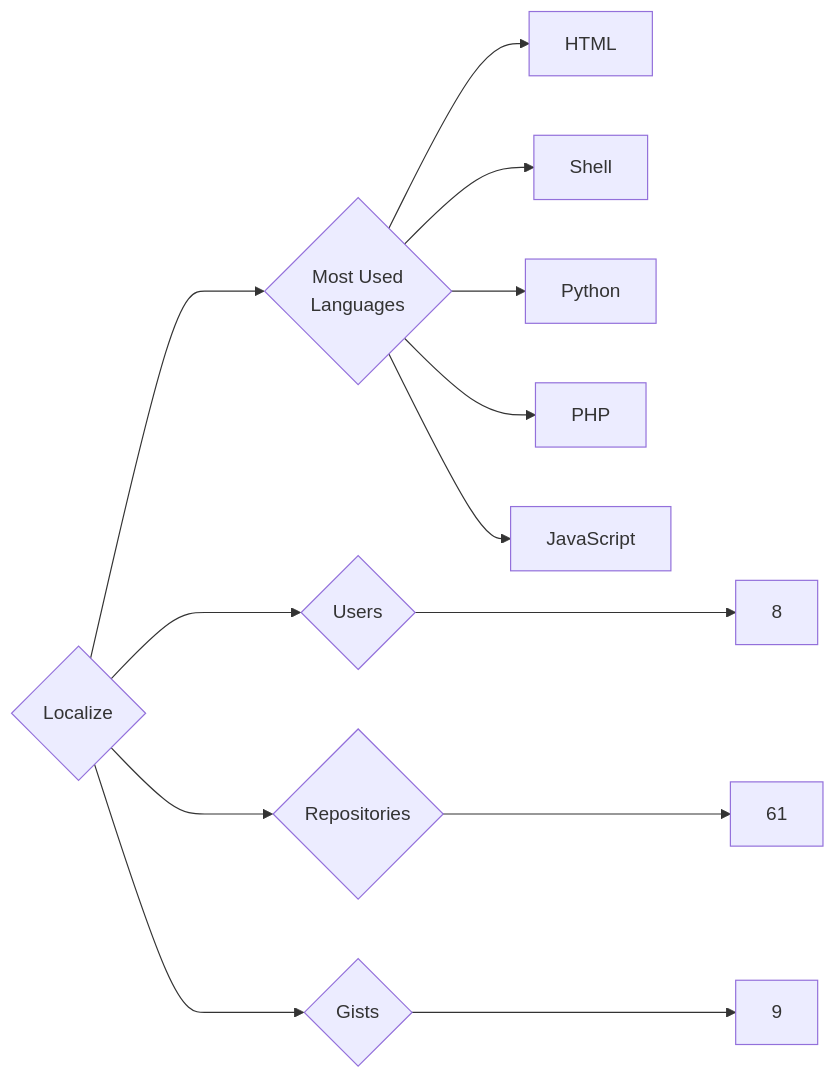
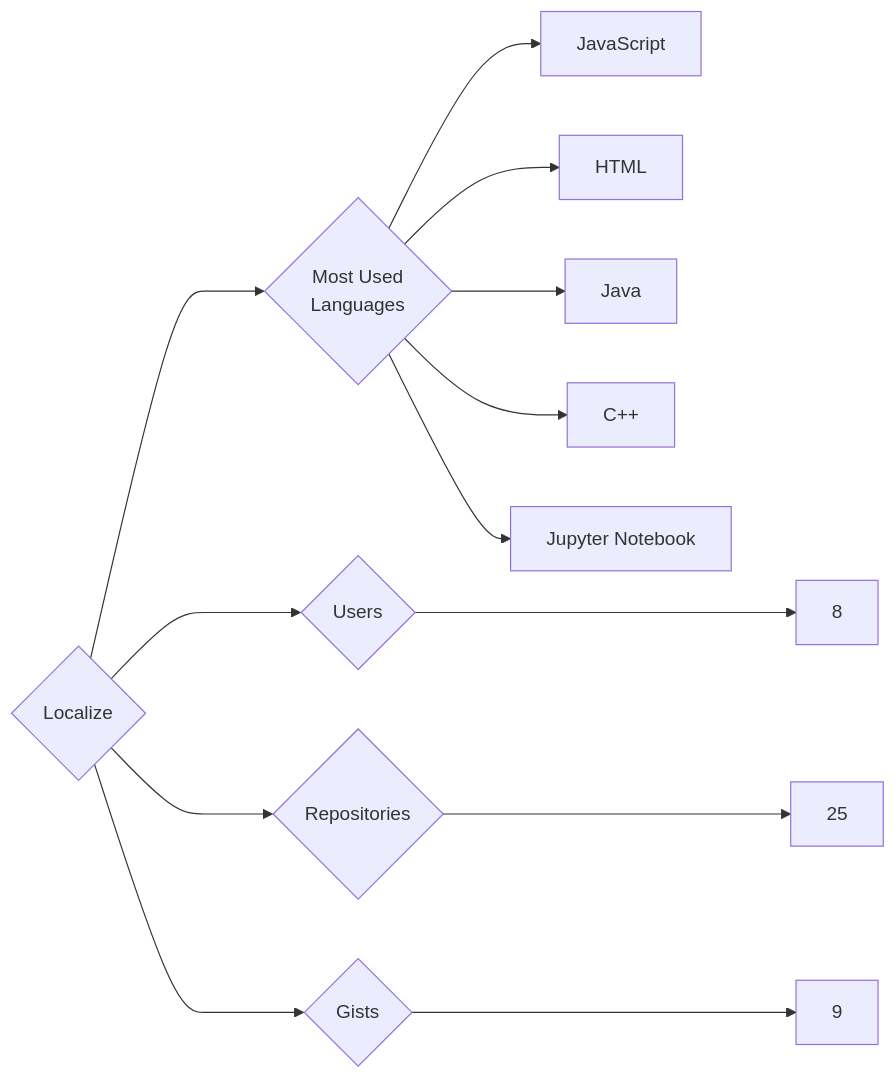
The diagram in targets/Localize/README.md (trickest/insiders), drawn with Mermaid before and after one commit. The commit also changed 752 other files, not shown here.

````diff
--- a/targets/Localize/README.md
+++ b/targets/Localize/README.md
@@ -3,13 +3,13 @@
 ```mermaid
 graph LR
 COMPANY_NAME{Localize}
 COMPANY_NAME ---> U{Users} ---> UN[8]
-COMPANY_NAME ---> R{Repositories} ---> RN[61]
+COMPANY_NAME ---> R{Repositories} ---> RN[25]
 COMPANY_NAME ---> G{Gists} ---> GN[9]
 COMPANY_NAME ---> ML{Most Used<br>Languages}
+ML --> JavaScript[JavaScript]
 ML --> HTML[HTML]
-ML --> Shell[Shell]
-ML --> Python[Python]
-ML --> PHP[PHP]
-ML --> JavaScript[JavaScript]
+ML --> Java[Java]
+ML --> C++[C++]
+ML --> Jupyter_Notebook[Jupyter Notebook]
 ```
````
